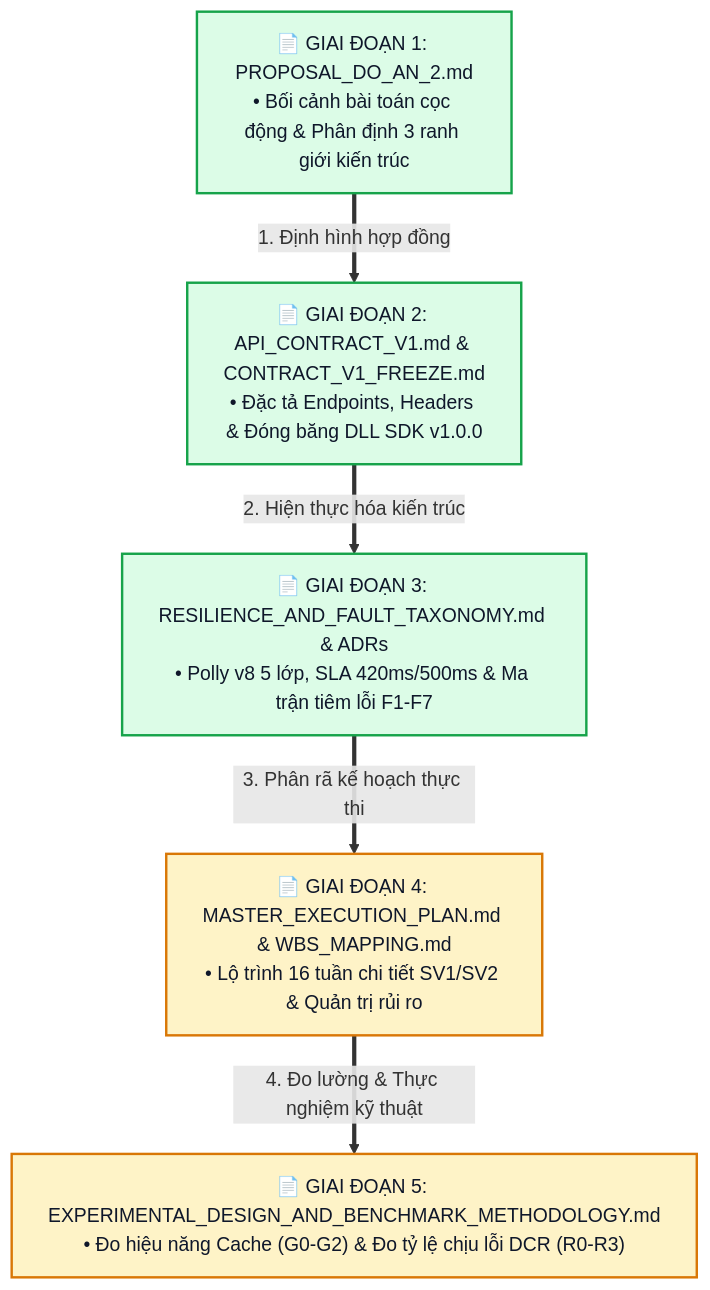
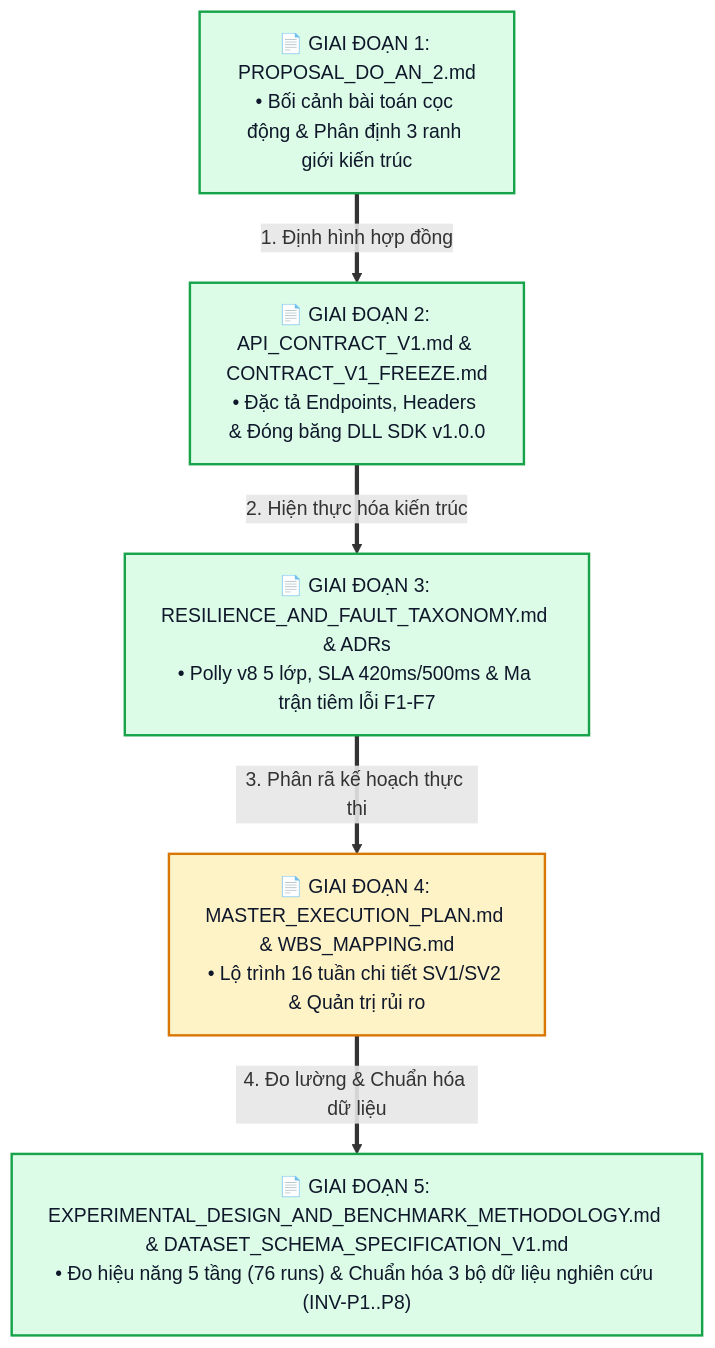
The sixth of 7 diagrams in docs/PROJECT_BLUEPRINT_AND_SYSTEM_OVERVIEW.md (NguyenThanhTrung-N2T/TrustworthyAdaptiveDecisionSupportSystem-TADSS), drawn with Mermaid before and after one commit. The commit also changed other lines of this file and 36 other files, not shown here.

````diff
--- a/docs/PROJECT_BLUEPRINT_AND_SYSTEM_OVERVIEW.md
+++ b/docs/PROJECT_BLUEPRINT_AND_SYSTEM_OVERVIEW.md
@@ -241,20 +241,20 @@
 ```mermaid
 flowchart TD
     D1["📄 GIAI ĐOẠN 1: PROPOSAL_DO_AN_2.md<br/>• Bối cảnh bài toán cọc động & Phân định 3 ranh giới kiến trúc"]
     D2["📄 GIAI ĐOẠN 2: API_CONTRACT_V1.md & CONTRACT_V1_FREEZE.md<br/>• Đặc tả Endpoints, Headers & Đóng băng DLL SDK v1.0.0"]
     D3["📄 GIAI ĐOẠN 3: RESILIENCE_AND_FAULT_TAXONOMY.md & ADRs<br/>• Polly v8 5 lớp, SLA 420ms/500ms & Ma trận tiêm lỗi F1-F7"]
     D4["📄 GIAI ĐOẠN 4: MASTER_EXECUTION_PLAN.md & WBS_MAPPING.md<br/>• Lộ trình 16 tuần chi tiết SV1/SV2 & Quản trị rủi ro"]
-    D5["📄 GIAI ĐOẠN 5: EXPERIMENTAL_DESIGN_AND_BENCHMARK_METHODOLOGY.md<br/>• Đo hiệu năng Cache (G0-G2) & Đo tỷ lệ chịu lỗi DCR (R0-R3)"]
+    D5["📄 GIAI ĐOẠN 5: EXPERIMENTAL_DESIGN_AND_BENCHMARK_METHODOLOGY.md & DATASET_SCHEMA_SPECIFICATION_V1.md<br/>• Đo hiệu năng 5 tầng (76 runs) & Chuẩn hóa 3 bộ dữ liệu nghiên cứu (INV-P1..P8)"]
 
     D1 ==>|1. Định hình hợp đồng| D2
     D2 ==>|2. Hiện thực hóa kiến trúc| D3
     D3 ==>|3. Phân rã kế hoạch thực thi| D4
-    D4 ==>|4. Đo lường & Thực nghiệm kỹ thuật| D5
+    D4 ==>|4. Đo lường & Chuẩn hóa dữ liệu| D5
 
     classDef pDone fill:#dcfce7,stroke:#16a34a,stroke-width:2px,color:#0f172a;
     classDef pInProg fill:#fef3c7,stroke:#d97706,stroke-width:2px,color:#0f172a;
     classDef pNext fill:#f3e8ff,stroke:#9333ea,stroke-width:2px,color:#0f172a;
 
-    class D1,D2,D3 pDone;
-    class D4,D5 pInProg;
+    class D1,D2,D3,D5 pDone;
+    class D4 pInProg;
 ```
````
